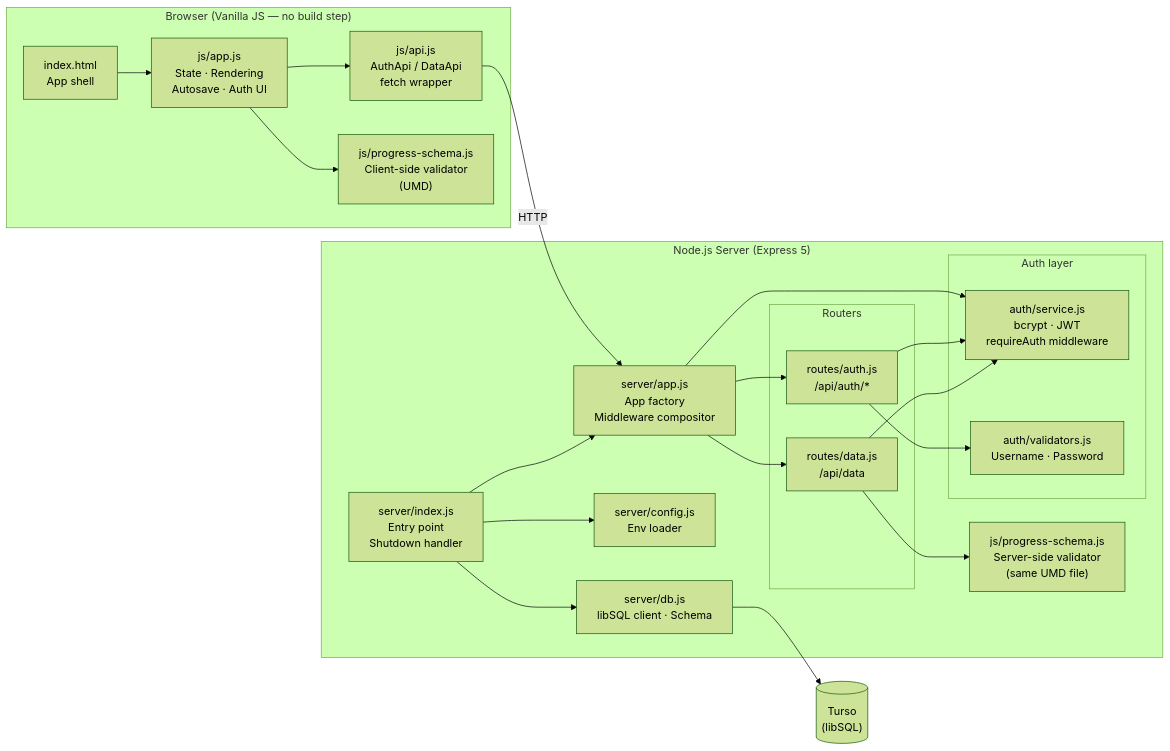
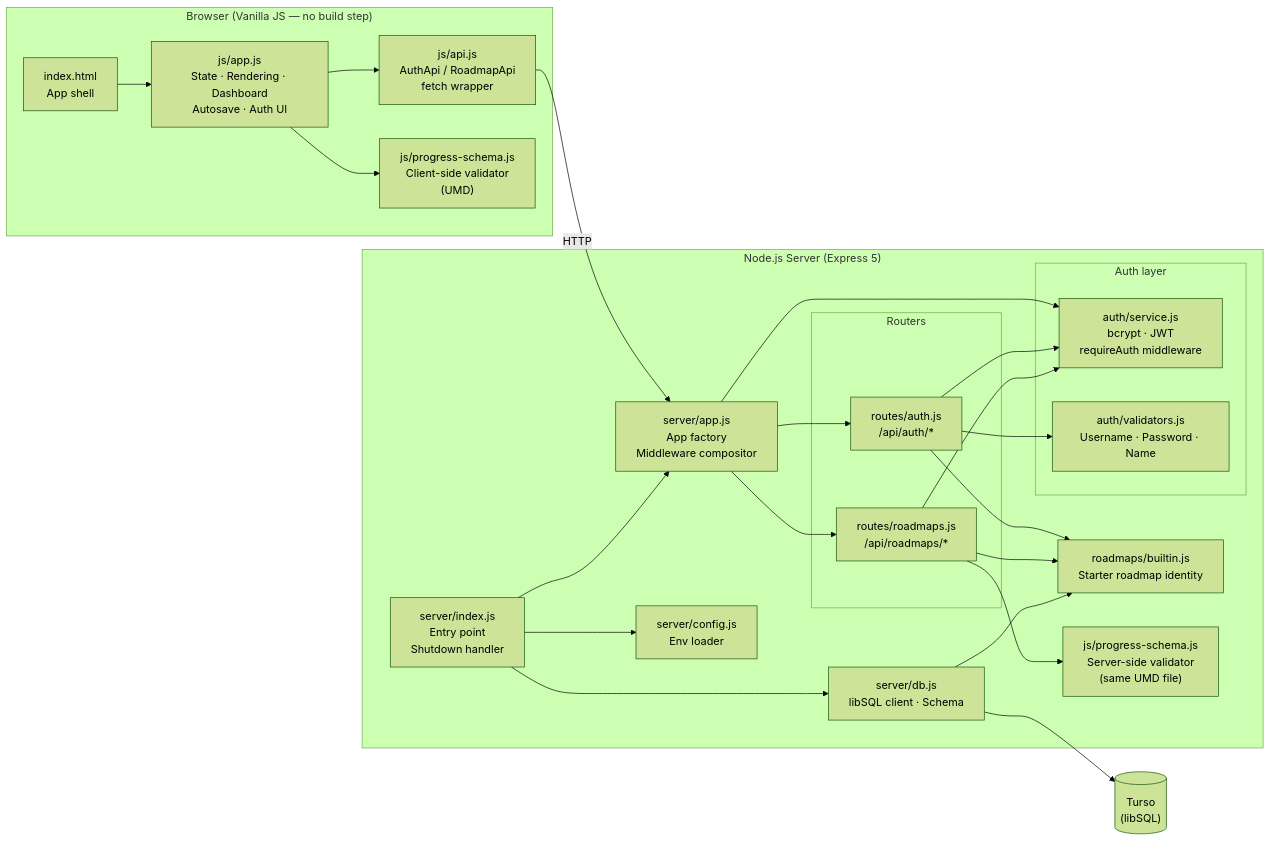
The second of 7 diagrams in README.md (imkushwaha/roadmap-tracker-app), drawn with Mermaid (forest theme) before and after one commit. The commit also changed other lines of this file and 24 other files, not shown here.

Commit message:
Add multi-roadmap dashboard (Phase 1): per-user roadmaps with delete/restore

````diff
--- a/README.md
+++ b/README.md
@@ -218,46 +229,51 @@
 ```mermaid
 graph LR
     subgraph Browser["Browser (Vanilla JS — no build step)"]
         html["index.html\nApp shell"]
-        appjs["js/app.js\nState · Rendering\nAutosave · Auth UI"]
-        apijs["js/api.js\nAuthApi / DataApi\nfetch wrapper"]
+        appjs["js/app.js\nState · Rendering · Dashboard\nAutosave · Auth UI"]
+        apijs["js/api.js\nAuthApi / RoadmapApi\nfetch wrapper"]
         schema["js/progress-schema.js\nClient-side validator\n(UMD)"]
     end
 
     subgraph NodeServer["Node.js Server (Express 5)"]
         idx["server/index.js\nEntry point\nShutdown handler"]
         appfact["server/app.js\nApp factory\nMiddleware compositor"]
         cfg["server/config.js\nEnv loader"]
         dbmod["server/db.js\nlibSQL client · Schema"]
 
         subgraph AuthLayer["Auth layer"]
             svc["auth/service.js\nbcrypt · JWT\nrequireAuth middleware"]
-            val["auth/validators.js\nUsername · Password"]
+            val["auth/validators.js\nUsername · Password · Name"]
         end
+
+        builtin["roadmaps/builtin.js\nStarter roadmap identity"]
 
         subgraph Routers["Routers"]
             authR["routes/auth.js\n/api/auth/*"]
-            dataR["routes/data.js\n/api/data"]
+            roadmapsR["routes/roadmaps.js\n/api/roadmaps/*"]
         end
 
         schsrv["js/progress-schema.js\nServer-side validator\n(same UMD file)"]
     end
 
     Turso[("Turso\n(libSQL)")]
 
     html --> appjs
     appjs --> apijs
     appjs --> schema
     apijs -- "HTTP" --> appfact
     idx --> cfg
     idx --> dbmod
     idx --> appfact
     appfact --> authR
-    appfact --> dataR
+    appfact --> roadmapsR
     appfact --> svc
     authR --> svc
     authR --> val
-    dataR --> svc
-    dataR --> schsrv
+    authR --> builtin
+    roadmapsR --> svc
+    roadmapsR --> schsrv
+    roadmapsR --> builtin
+    dbmod --> builtin
     dbmod --> Turso
 ```
````
